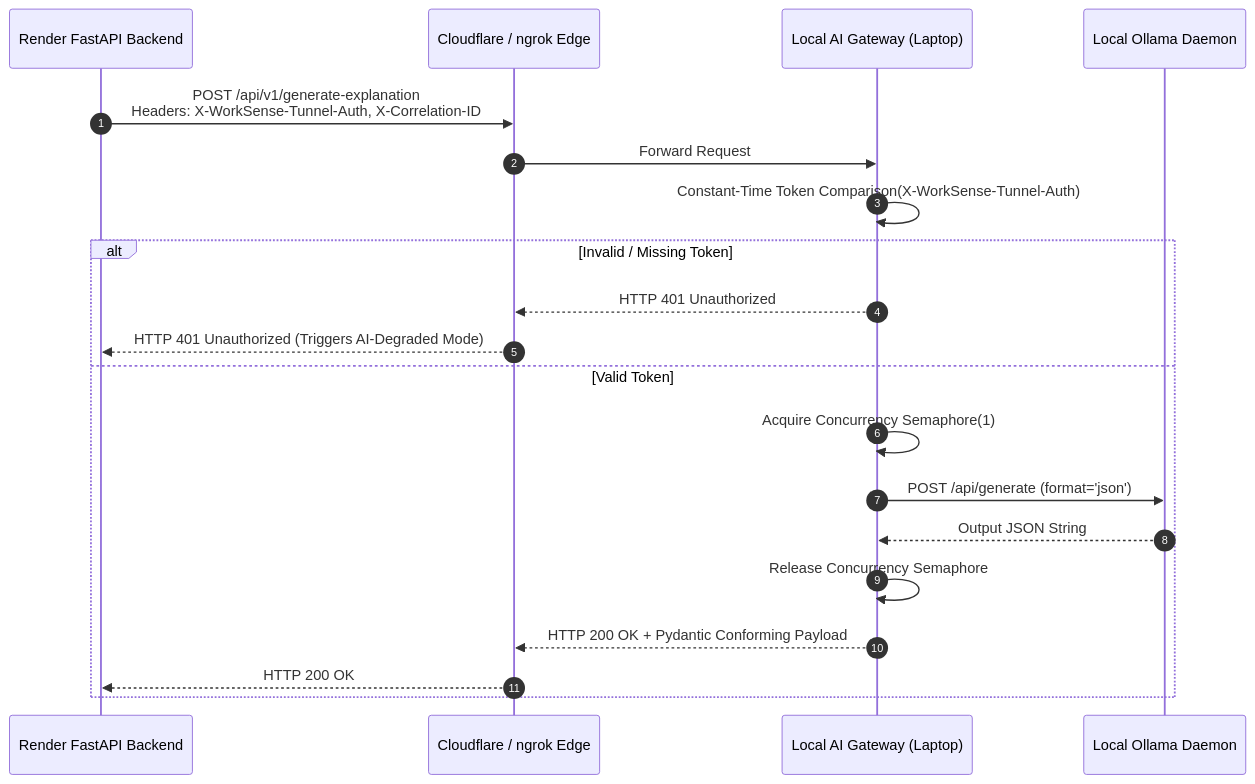
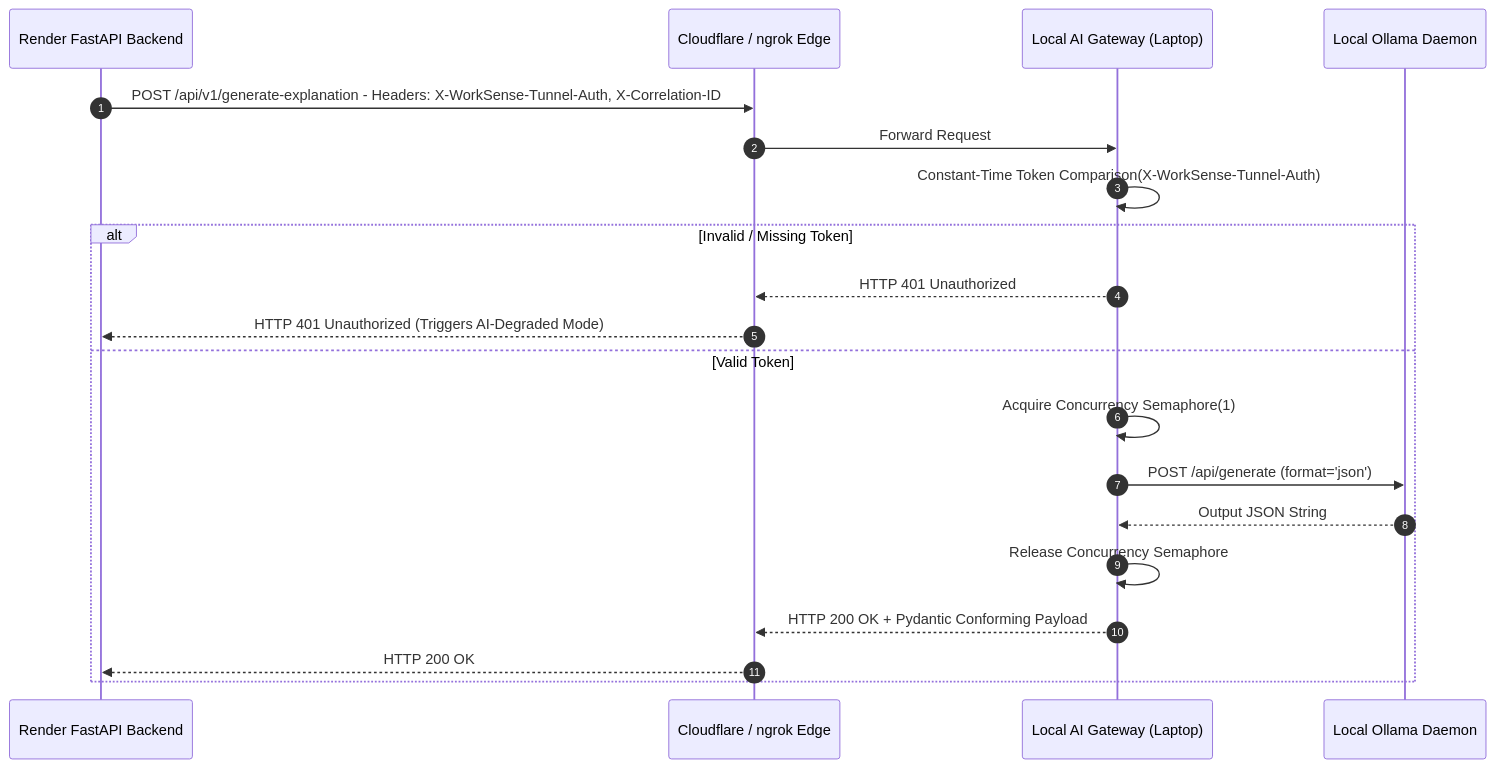
Before and after one commit to sharancode3/WorkSense: the third of 8 diagrams in docs/08-Deployment-Architecture.md, drawn with Mermaid. The commit also changed other lines of this file and 9 other files, not shown here.

Commit message:
fix(docs): resolve Mermaid syntax parse errors across all markdown specifications

````diff
--- a/docs/08-Deployment-Architecture.md
+++ b/docs/08-Deployment-Architecture.md
@@ -346,23 +336,24 @@
 ```mermaid
 sequenceDiagram
     autonumber
     participant Render as Render FastAPI Backend
     participant Tunnel as Cloudflare / ngrok Edge
     participant Gateway as Local AI Gateway (Laptop)
     participant Ollama as Local Ollama Daemon
 
-    Render->>Tunnel: POST /api/v1/generate-explanation<br/>Headers: X-WorkSense-Tunnel-Auth, X-Correlation-ID
+    Render->>Tunnel: POST /api/v1/generate-explanation - Headers: X-WorkSense-Tunnel-Auth, X-Correlation-ID
     Tunnel->>Gateway: Forward Request
     Gateway->>Gateway: Constant-Time Token Comparison(X-WorkSense-Tunnel-Auth)
     alt Invalid / Missing Token
         Gateway-->>Tunnel: HTTP 401 Unauthorized
         Tunnel-->>Render: HTTP 401 Unauthorized (Triggers AI-Degraded Mode)
     else Valid Token
         Gateway->>Gateway: Acquire Concurrency Semaphore(1)
         Gateway->>Ollama: POST /api/generate (format='json')
         Ollama-->>Gateway: Output JSON String
         Gateway->>Gateway: Release Concurrency Semaphore
         Gateway-->>Tunnel: HTTP 200 OK + Pydantic Conforming Payload
         Tunnel-->>Render: HTTP 200 OK
     end
+
 ```
````
